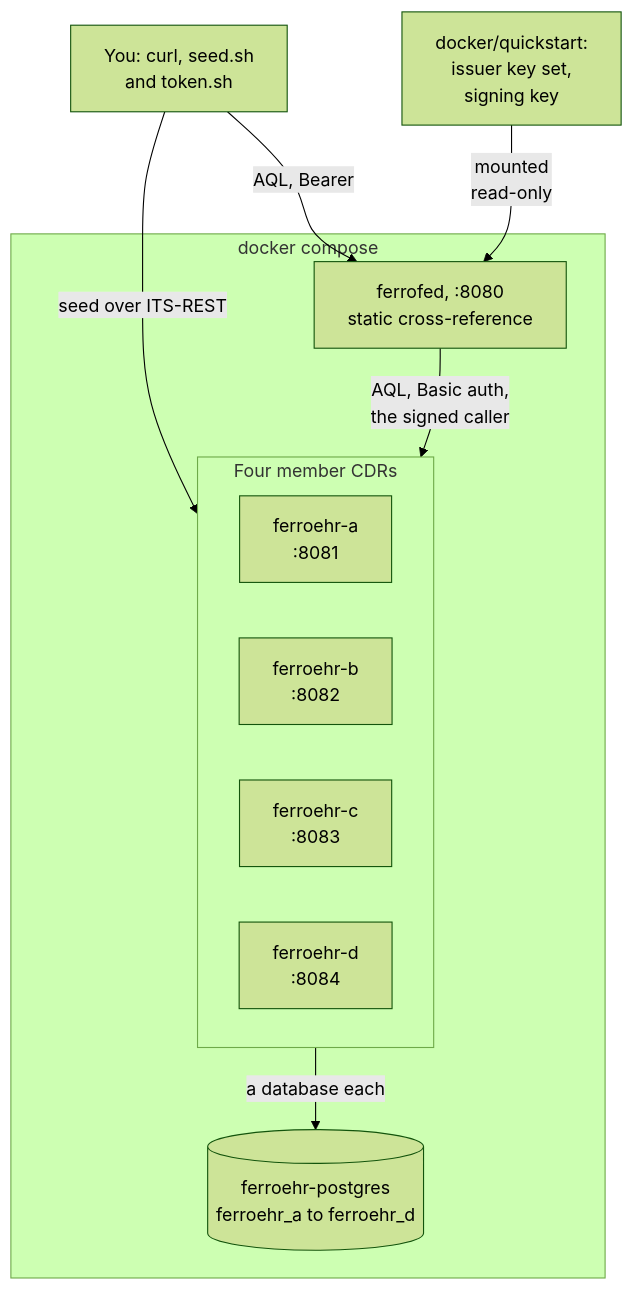
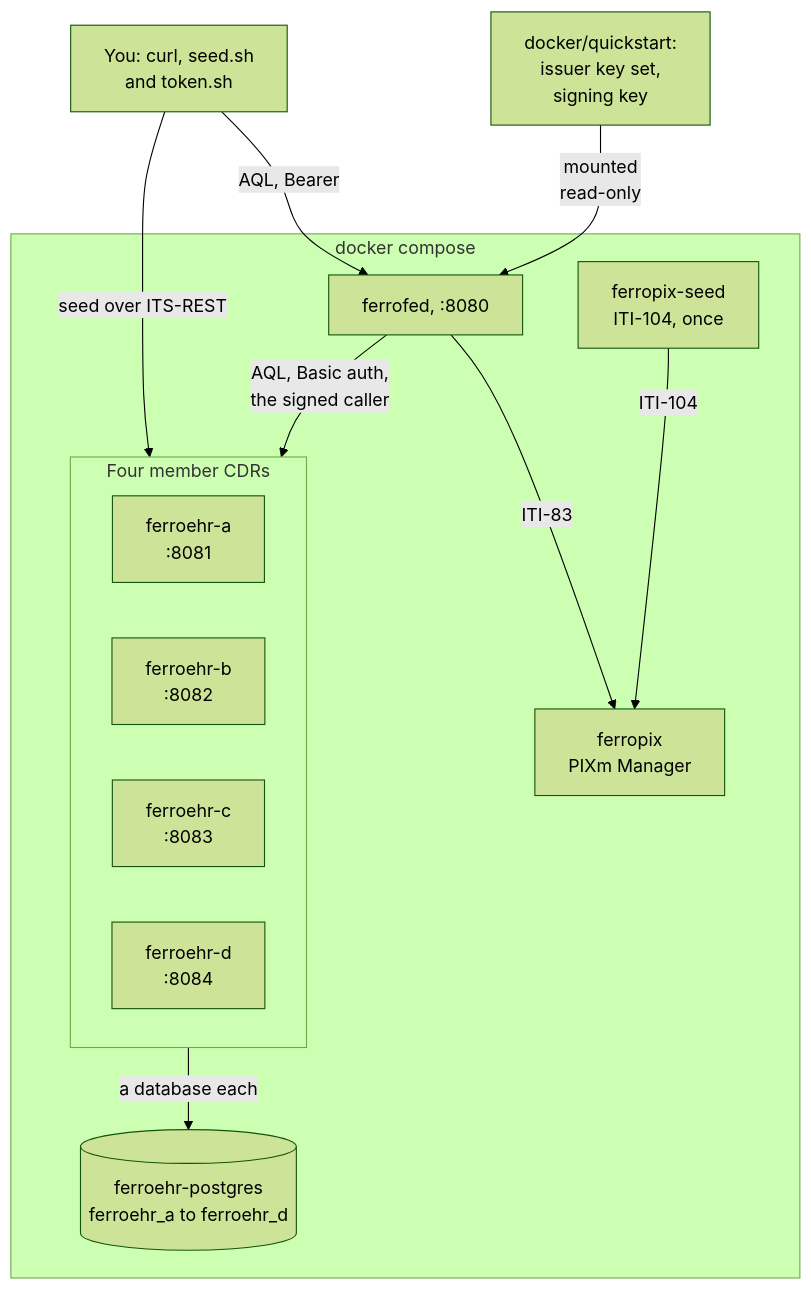
Before and after one commit to FerroHEALTH/FerroFED: the first of 3 diagrams in website/book/src/how-it-works/deployment.md, drawn with Mermaid (forest theme). The commit also changed other lines of this file and 13 other files, not shown here.

````diff
--- a/website/book/src/how-it-works/deployment.md
+++ b/website/book/src/how-it-works/deployment.md
@@ -24,20 +26,24 @@
 ```mermaid
 flowchart TB
     you["You: curl, seed.sh<br/>and token.sh"]
     keys["docker/quickstart:<br/>issuer key set,<br/>signing key"]
     subgraph compose["docker compose"]
-        gw["ferrofed, :8080<br/>static cross-reference"]
+        gw["ferrofed, :8080"]
+        pix["ferropix<br/>PIXm Manager"]
+        seed["ferropix-seed<br/>ITI-104, once"]
         subgraph nodes["Four member CDRs"]
             a["ferroehr-a<br/>:8081"]
             b["ferroehr-b<br/>:8082"]
             c["ferroehr-c<br/>:8083"]
             d["ferroehr-d<br/>:8084"]
         end
         pg[("ferroehr-postgres<br/>ferroehr_a to ferroehr_d")]
     end
     you -->|"AQL, Bearer"| gw
     keys -->|"mounted<br/>read-only"| gw
     you -->|"seed over ITS-REST"| nodes
     gw -->|"AQL, Basic auth,<br/>the signed caller"| nodes
+    gw -->|"ITI-83"| pix
+    seed -->|"ITI-104"| pix
     nodes -->|"a database each"| pg
 ```
````
